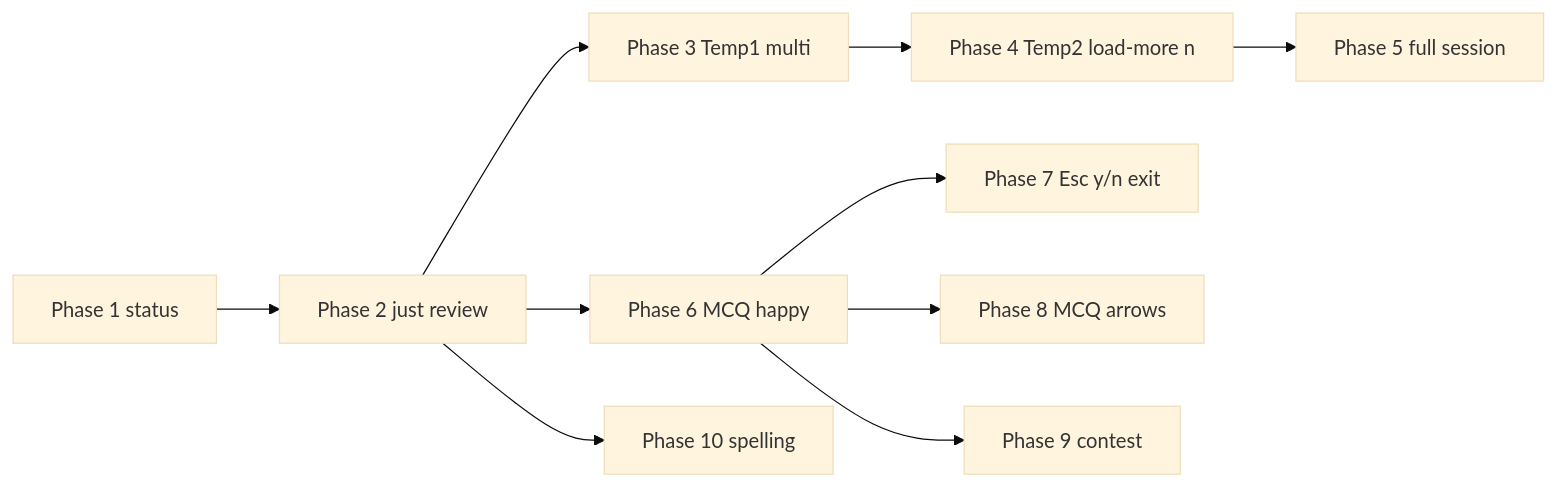
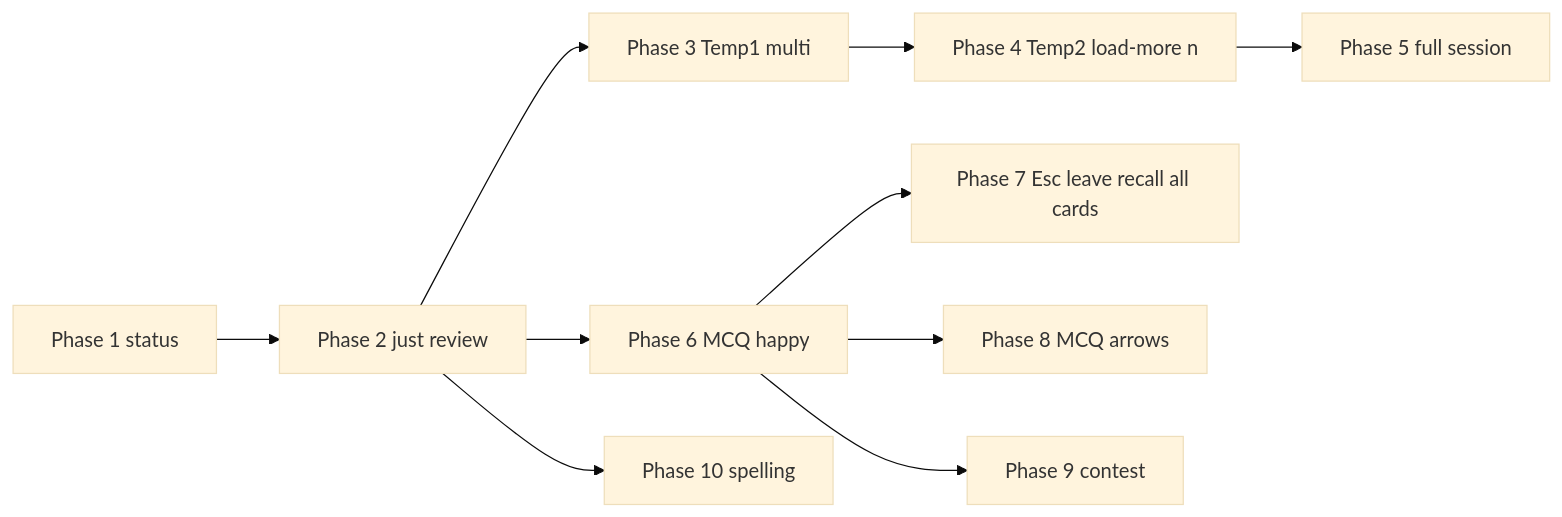
One commit to nerds-odd-e/doughnut changed the diagram in ongoing/cli-recall-revival.md. Above: the diagram before and after it, drawn with Mermaid (base theme). The commit also changed other lines of this file and 2 other files, not shown here.

````diff
--- a/ongoing/cli-recall-revival.md
+++ b/ongoing/cli-recall-revival.md
@@ -258,22 +288,22 @@
 ```mermaid
 flowchart LR
   P1[Phase 1 status]
   P2[Phase 2 just review]
   P3[Phase 3 Temp1 multi]
   P4[Phase 4 Temp2 load-more n]
   P5[Phase 5 full session]
   P6[Phase 6 MCQ happy]
-  P7[Phase 7 Esc y/n exit]
+  P7[Phase 7 Esc leave recall all cards]
   P8[Phase 8 MCQ arrows]
   P9[Phase 9 contest]
   P10[Phase 10 spelling]
   P1 --> P2
   P2 --> P3
   P3 --> P4
   P4 --> P5
   P2 --> P6
   P6 --> P7
   P6 --> P8
   P6 --> P9
   P2 --> P10
 ```
````
